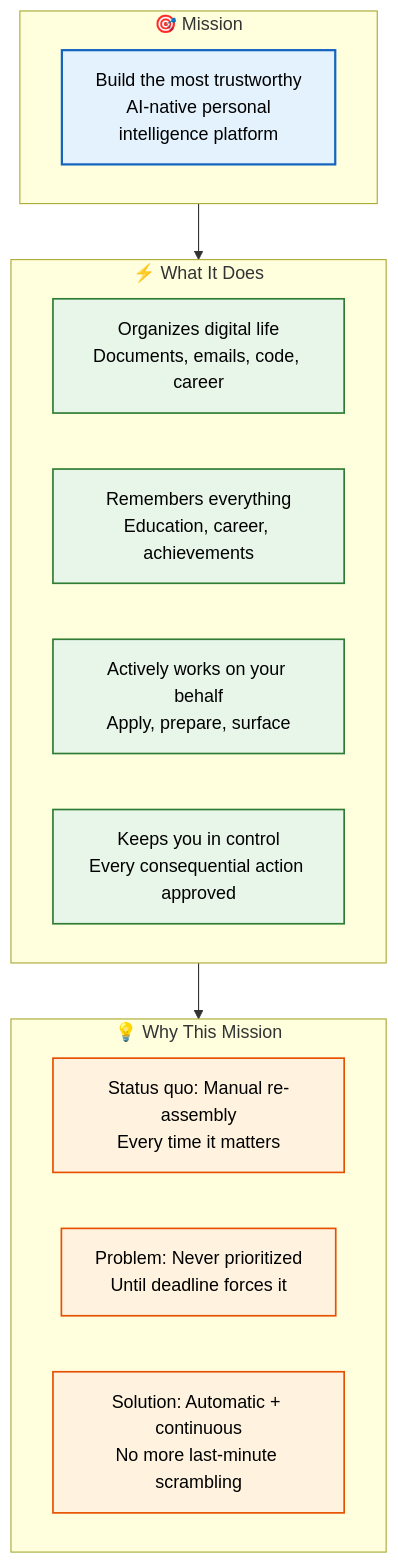
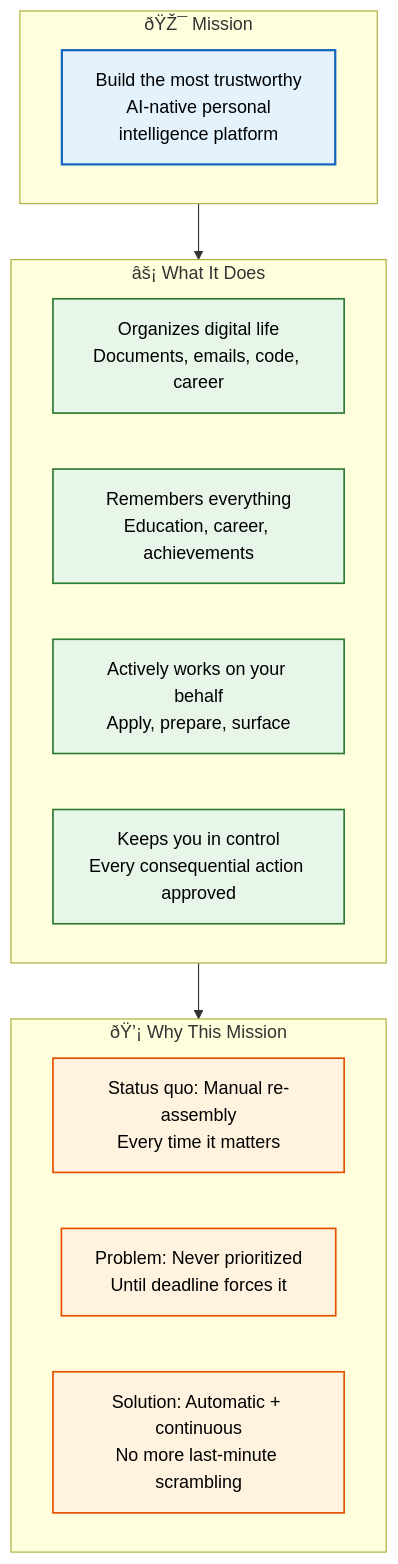
One commit to Driftloom/Vaeloom changed the diagram in Docs/Product/Mission.md. Above: the diagram before and after it, drawn with Mermaid. The commit also changed other lines of this file and 249 other files, not shown here.

````diff
--- a/Docs/Product/Mission.md
+++ b/Docs/Product/Mission.md
@@ -8,29 +8,29 @@
 ```mermaid
 graph TD
     classDef core fill:#e3f2fd,stroke:#1565c0,color:#000,stroke-width:2px
     classDef pillar fill:#e8f5e9,stroke:#2e7d32,color:#000,stroke-width:1.5px
     classDef why fill:#fff3e0,stroke:#e65100,color:#000,stroke-width:1.5px
 
-    subgraph Mission["🎯 Mission"]
+    subgraph Mission["ðŸŽ¯ Mission"]
         M["Build the most trustworthy<br/>AI-native personal<br/>intelligence platform"]
     end
 
-    subgraph What["⚡ What It Does"]
+    subgraph What["âš¡ What It Does"]
         W1["Organizes digital life<br/>Documents, emails, code, career"]
         W2["Remembers everything<br/>Education, career, achievements"]
         W3["Actively works on your behalf<br/>Apply, prepare, surface"]
         W4["Keeps you in control<br/>Every consequential action approved"]
     end
 
-    subgraph Why["💡 Why This Mission"]
+    subgraph Why["ðŸ’¡ Why This Mission"]
         Y1["Status quo: Manual re-assembly<br/>Every time it matters"]
         Y2["Problem: Never prioritized<br/>Until deadline forces it"]
         Y3["Solution: Automatic + continuous<br/>No more last-minute scrambling"]
     end
 
     Mission --> What --> Why
 
     class M core
     class W1,W2,W3,W4 pillar
     class Y1,Y2,Y3 why
 ```
````
